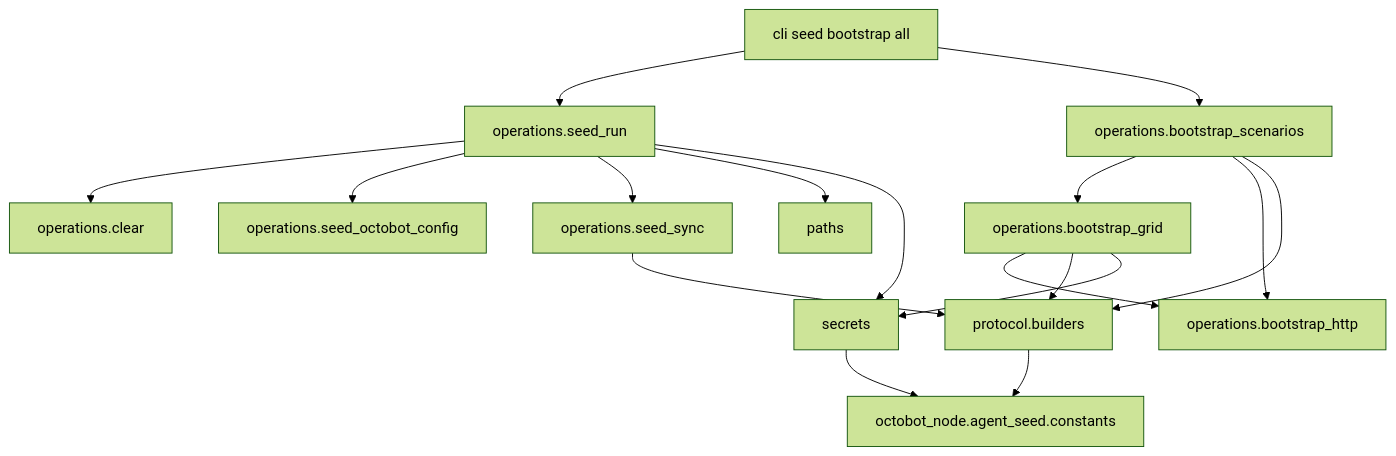
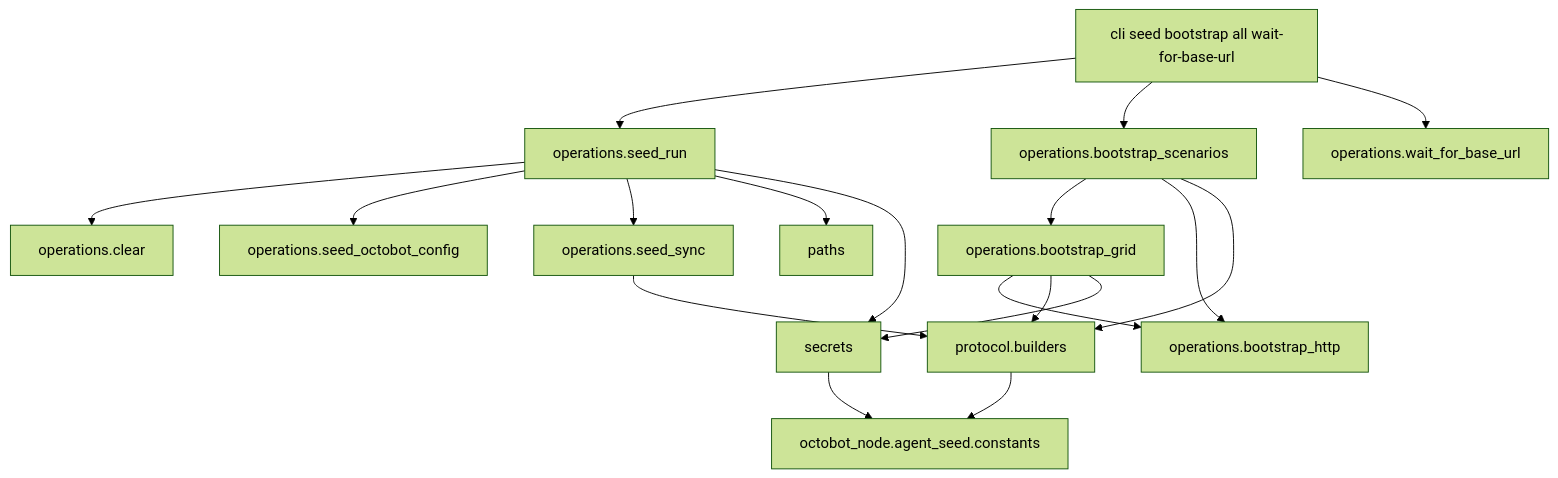
The diagram in tools/agent_seed/ARCHITECTURE.md (Drakkar-Software/OctoBot), drawn with Mermaid (forest theme) before and after one commit. The commit also changed other lines of this file and 10 other files, not shown here.

Commit message:
Wait for agent-seed node before bootstrap in seed-agent --full

````diff
--- a/tools/agent_seed/ARCHITECTURE.md
+++ b/tools/agent_seed/ARCHITECTURE.md
@@ -14,32 +14,33 @@
 ```mermaid
 flowchart TB
-  cli[cli seed bootstrap all]
+  cli[cli seed bootstrap all wait-for-base-url]
   seedRun[operations.seed_run]
   seedOctobotConfig[operations.seed_octobot_config]
   seedSync[operations.seed_sync]
   clearOp[operations.clear]
   bootstrapGrid[operations.bootstrap_grid]
   bootstrapScenarios[operations.bootstrap_scenarios]
   bootstrapHttp[operations.bootstrap_http]
   builders[protocol.builders]
   pathsMod[paths]
   secretsMod[secrets]
   nodeConstants[octobot_node.agent_seed.constants]
 
   cli --> seedRun
   cli --> bootstrapScenarios
+  cli --> waitForBaseUrl[operations.wait_for_base_url]
   bootstrapScenarios --> bootstrapGrid
   bootstrapScenarios --> bootstrapHttp
   bootstrapScenarios --> builders
   seedRun --> clearOp
   seedRun --> seedOctobotConfig
   seedRun --> seedSync
   seedRun --> pathsMod
   seedRun --> secretsMod
   seedSync --> builders
   bootstrapGrid --> bootstrapHttp
   bootstrapGrid --> builders
   bootstrapGrid --> secretsMod
   builders --> nodeConstants
   secretsMod --> nodeConstants
 ```
````
